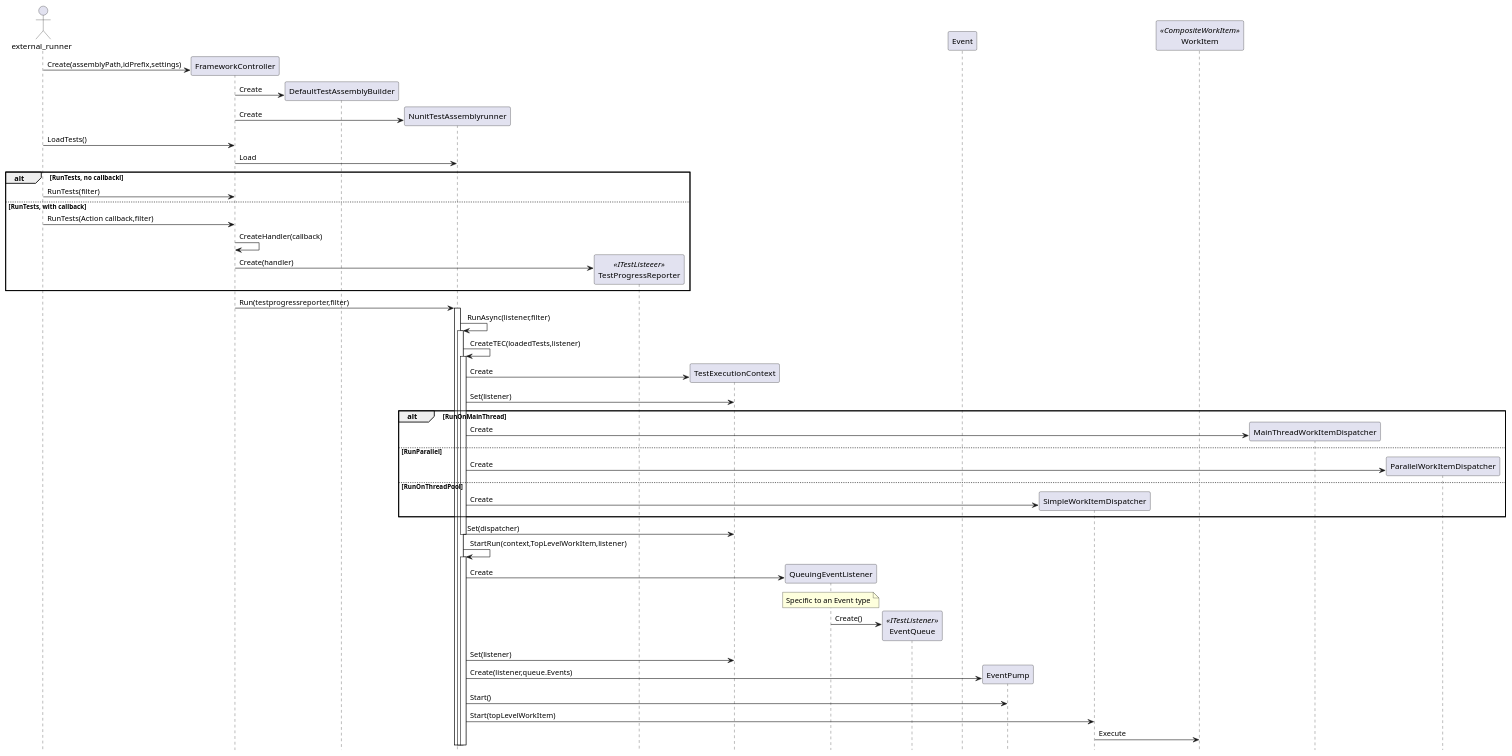
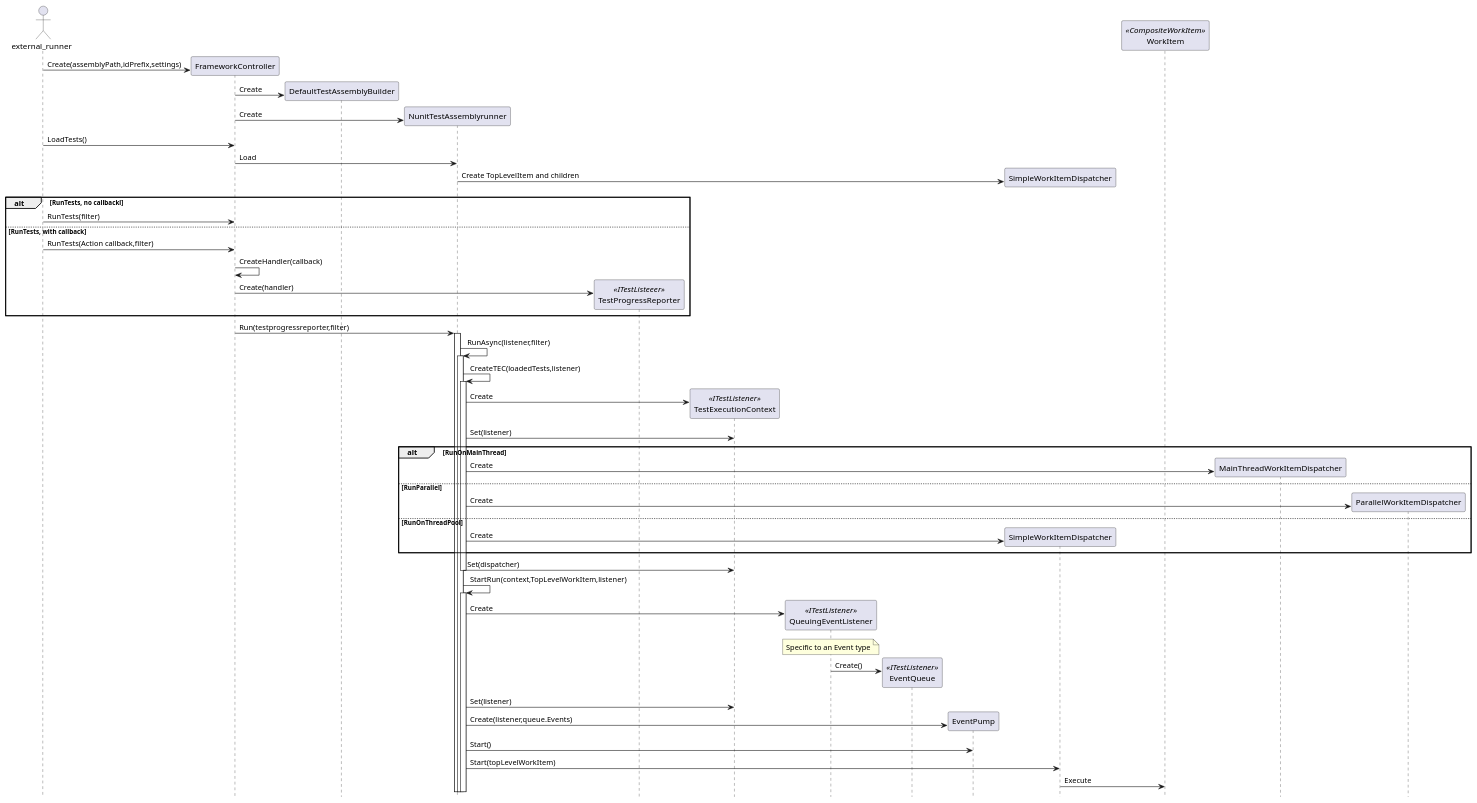
One commit to nunit/AnalysisAndDesign changed the diagram in events2.puml. Above: the diagram before and after it, drawn with PlantUML. The commit also changed 5 other files, not shown here.

```diff
--- a/events2.puml
+++ b/events2.puml
@@ -1,56 +1,56 @@
 @startuml
 hide footbox
 actor external_runner as ER
 participant "FrameworkController" as FC
 participant "DefaultTestAssemblyBuilder" as DTAB
 participant "NunitTestAssemblyrunner" as NTAR
 participant "TestProgressReporter" as TPR <<ITestListeeer>> 
-participant "TestExecutionContext" as TEC
-participant "QueuingEventListener" as QEL
+participant "TestExecutionContext" as TEC <<ITestListener>>
+participant "QueuingEventListener" as QEL <<ITestListener>>
 participant "EventQueue" as EQ <<ITestListener>>
-participant "Event" as EV
 participant "EventPump" as EP 
 participant "SimpleWorkItemDispatcher" as SWID
 participant "WorkItem" as WI <<CompositeWorkItem>>
 
 
 ER -> FC** : Create(assemblyPath,idPrefix,settings) 
 FC -> DTAB** : Create
 FC -> NTAR** : Create
 ER -> FC : LoadTests()
 FC -> NTAR  : Load
+NTAR -> SWID** : Create TopLevelItem and children
 alt RunTests, no callbackl
 ER -> FC : RunTests(filter)
 else RunTests, with callback
 ER -> FC : RunTests(Action callback,filter)
 FC -> FC : CreateHandler(callback)
 FC -> TPR**: Create(handler)
 end
 FC -> NTAR : Run(testprogressreporter,filter)
 activate NTAR
 NTAR -> NTAR : RunAsync(listener,filter)
 activate NTAR
 NTAR -> NTAR: CreateTEC(loadedTests,listener)
 activate NTAR
 NTAR -> TEC** : Create
 NTAR -> TEC : Set(listener)
 alt RunOnMainThread
 NTAR -> MainThreadWorkItemDispatcher** : Create
 else RunParallel
 NTAR -> ParallelWorkItemDispatcher** : Create
 else RunOnThreadPool
 NTAR -> SWID** : Create
 end
 NTAR -> TEC : Set(dispatcher)
 deactivate NTAR
 NTAR -> NTAR : StartRun(context,TopLevelWorkItem,listener)
 activate NTAR
 NTAR -> QEL** : Create
 note over QEL: Specific to an Event type
 QEL -> EQ**: Create()
 NTAR -> TEC: Set(listener)
 NTAR -> EP**: Create(listener,queue.Events)
 NTAR -> EP : Start()
 NTAR -> SWID : Start(topLevelWorkItem)
 SWID -> WI : Execute
 @enduml
```
